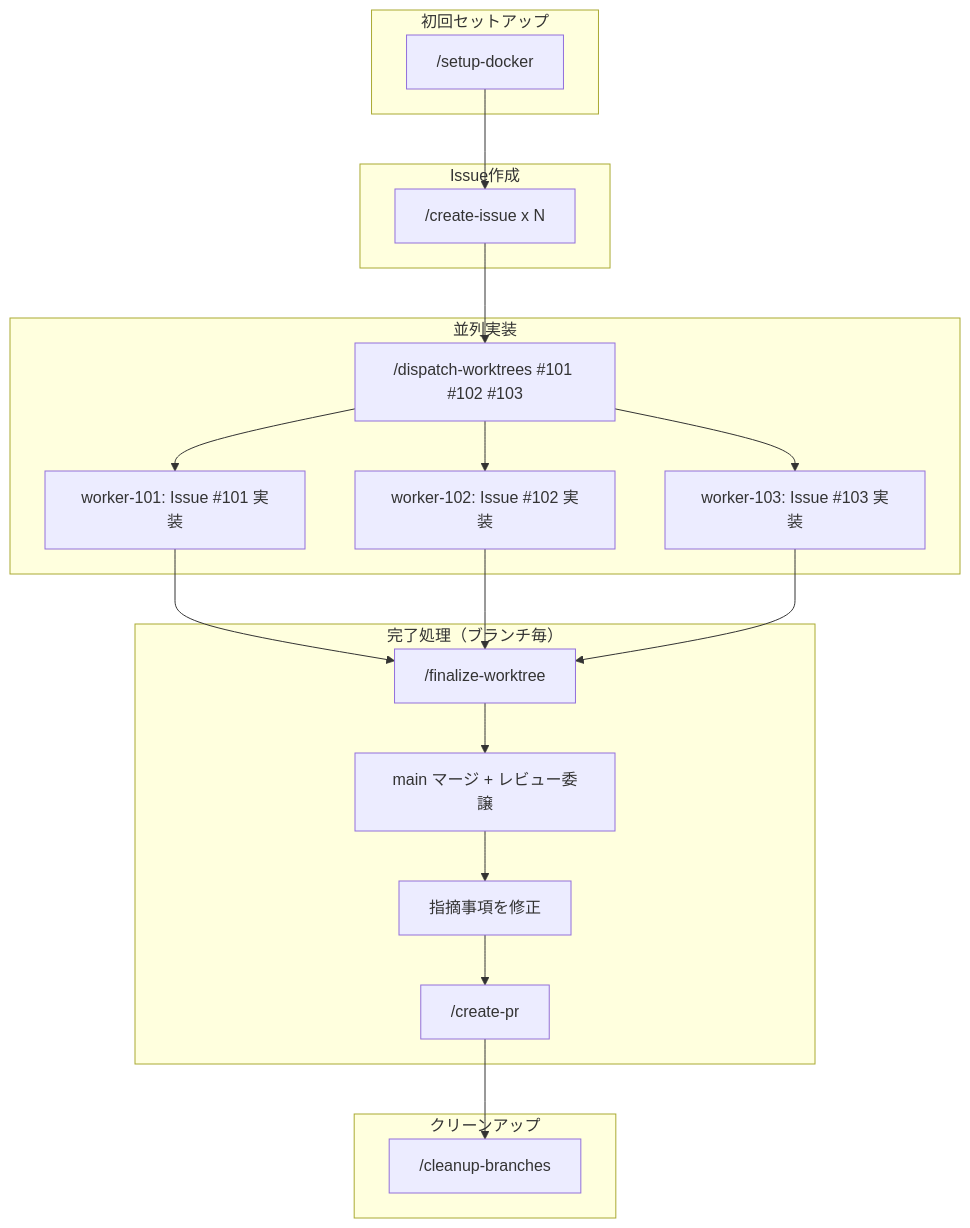
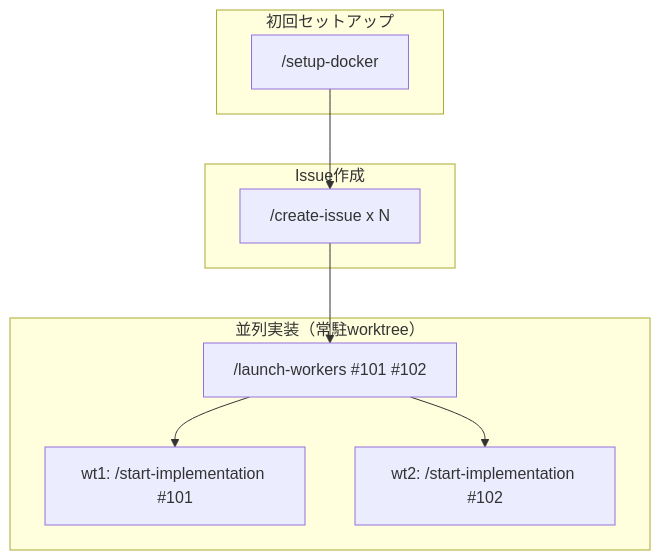
Before and after one commit to hiroto-aibara/claude-code-skill-example: the diagram in README.md, drawn with Mermaid. The commit also changed other lines of this file and 2 other files, not shown here.

First line of the commit message:
refactor: update parallel workflow to launch-workers + start-implementation

````diff
--- a/README.md
+++ b/README.md
@@ -127,35 +126,20 @@
 ```mermaid
 flowchart TD
     subgraph Setup["初回セットアップ"]
         A["/setup-docker"]
     end
 
     subgraph Issues["Issue作成"]
         A2["/create-issue x N"]
     end
 
-    subgraph Dispatch["並列実装"]
-        B["/dispatch-worktrees #101 #102 #103"]
-        C1["worker-101: Issue #101 実装"]
-        C2["worker-102: Issue #102 実装"]
-        C3["worker-103: Issue #103 実装"]
-        B --> C1 & C2 & C3
-    end
-
-    subgraph Finalize["完了処理（ブランチ毎）"]
-        D["/finalize-worktree"]
-        E["main マージ + レビュー委譲"]
-        F["指摘事項を修正"]
-        G["/create-pr"]
-        D --> E --> F --> G
-    end
-
-    subgraph Cleanup["クリーンアップ"]
-        H["/cleanup-branches"]
+    subgraph Workers["並列実装（常駐worktree）"]
+        B["/launch-workers #101 #102"]
+        C1["wt1: /start-implementation #101"]
+        C2["wt2: /start-implementation #102"]
+        B --> C1 & C2
     end
 
     A --> A2
     A2 --> B
-    C1 & C2 & C3 --> D
-    G --> H
 ```
````
